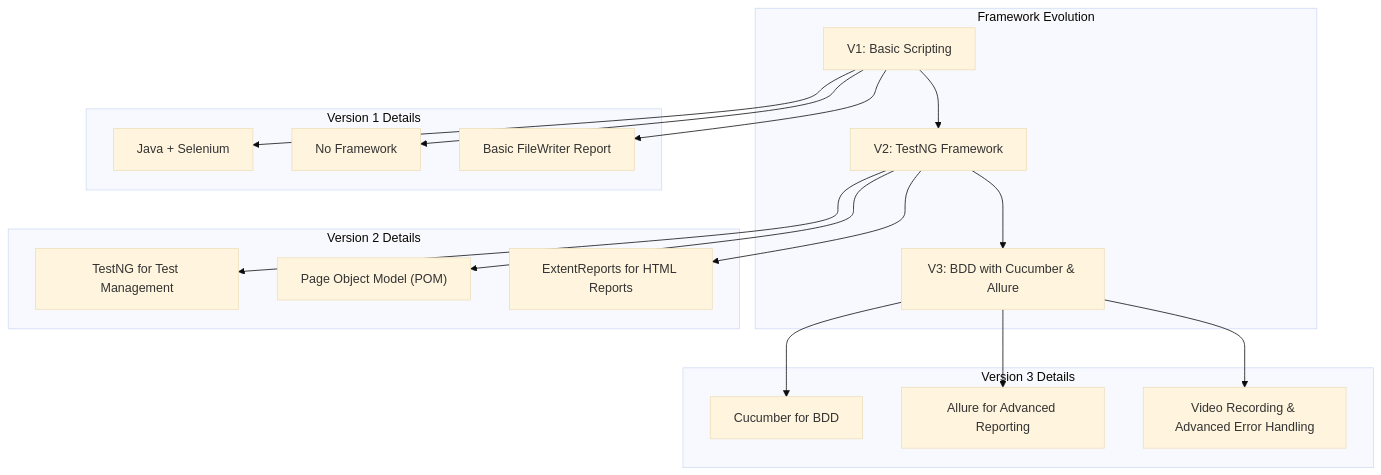
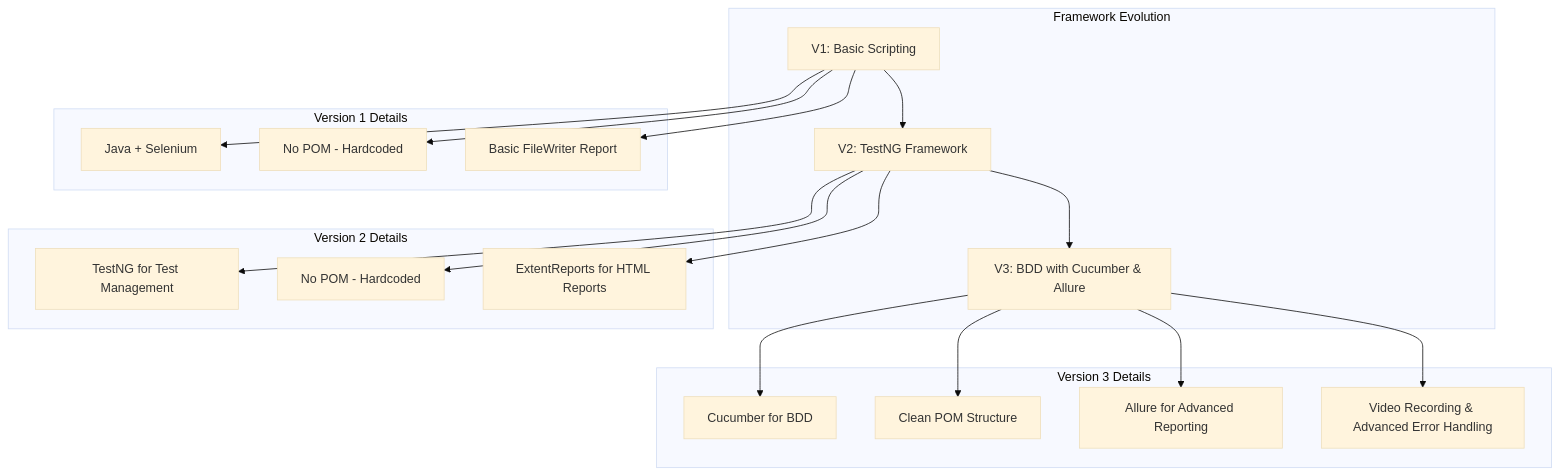
The diagram in README.md (mogomaa2025/DEPI_GRADUTION_PROJECT), drawn with Mermaid (base theme) before and after one commit. The commit also changed other lines of this file, not shown here.

````diff
--- a/README.md
+++ b/README.md
@@ -82,36 +82,38 @@
 ```mermaid
 graph TD
     subgraph "Framework Evolution"
         v1[V1: Basic Scripting] --> v2[V2: TestNG Framework] --> v3[V3: BDD with Cucumber & Allure]
     end
 
     subgraph "Version 1 Details"
         v1_feat1["Java + Selenium"]
-        v1_feat2["No Framework"]
+        v1_feat2["No POM - Hardcoded"]
         v1_feat3["Basic FileWriter Report"]
     end
 
     subgraph "Version 2 Details"
         v2_feat1["TestNG for Test Management"]
-        v2_feat2["Page Object Model (POM)"]
+        v2_feat2["No POM - Hardcoded"]
         v2_feat3["ExtentReports for HTML Reports"]
     end
 
     subgraph "Version 3 Details"
         v3_feat1["Cucumber for BDD"]
-        v3_feat2["Allure for Advanced Reporting"]
-        v3_feat3["Video Recording & Advanced Error Handling"]
+        v3_feat2["Clean POM Structure"]
+        v3_feat3["Allure for Advanced Reporting"]
+        v3_feat4["Video Recording & Advanced Error Handling"]
     end
 
     v1 --> v1_feat1
     v1 --> v1_feat2
     v1 --> v1_feat3
 
     v2 --> v2_feat1
     v2 --> v2_feat2
     v2 --> v2_feat3
 
     v3 --> v3_feat1
     v3 --> v3_feat2
     v3 --> v3_feat3
+    v3 --> v3_feat4
 ```
````
